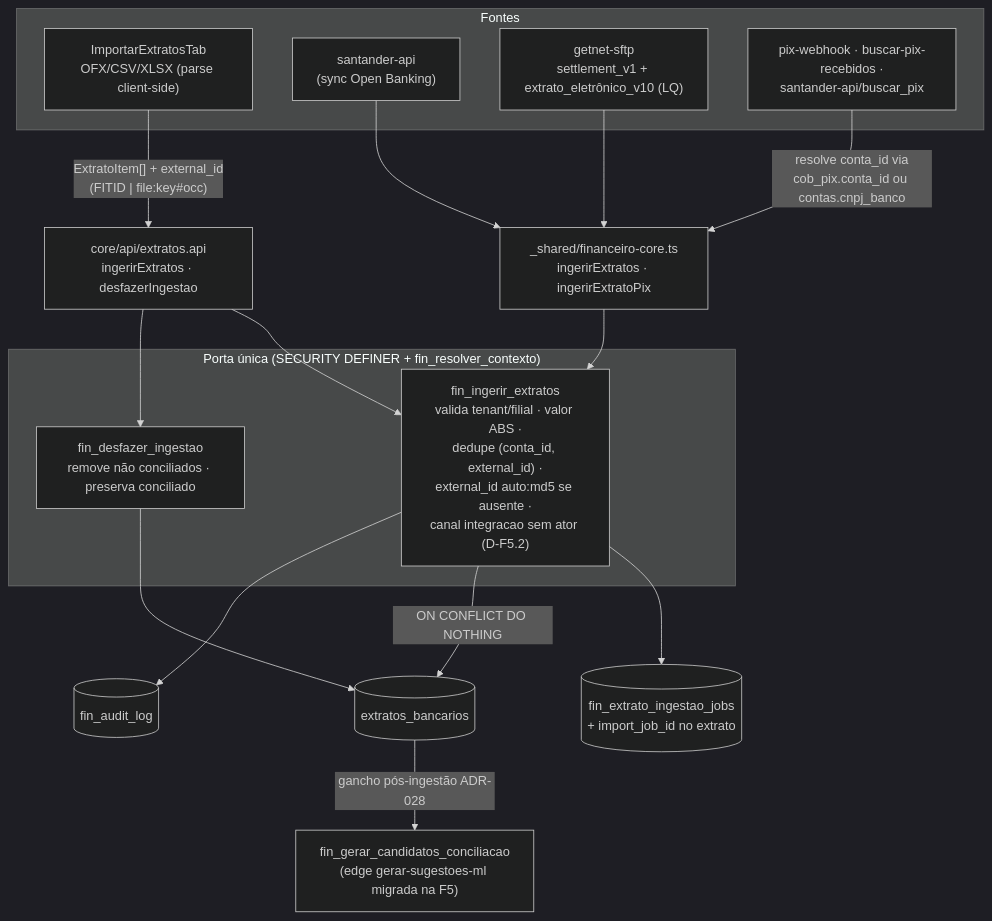
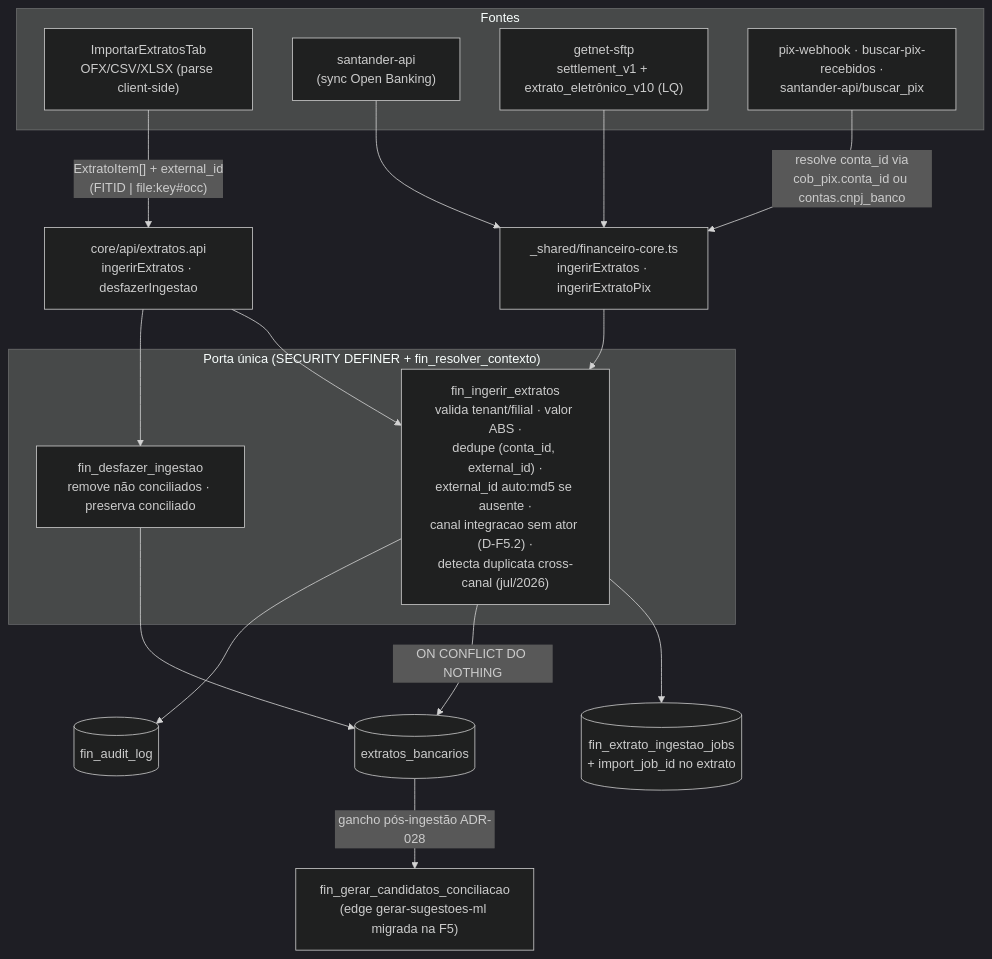
One commit to adrianoapc/igreja-carvalho changed the diagram in docs/diagramas/exports/fluxo-financeiro_7.mmd. Above: the diagram before and after it, drawn with Mermaid (dark theme). The commit also changed 28 other files, not shown here.

Commit message:
chore(diagrams): export mermaid PNGs

```diff
--- a/docs/diagramas/exports/fluxo-financeiro_7.mmd
+++ b/docs/diagramas/exports/fluxo-financeiro_7.mmd
@@ -1,29 +1,29 @@
 flowchart TD
     subgraph SRC["Fontes"]
         OFX["ImportarExtratosTab\nOFX/CSV/XLSX (parse client-side)"]
         SAN["santander-api\n(sync Open Banking)"]
         GET["getnet-sftp\nsettlement_v1 + extrato_eletrônico_v10 (LQ)"]
         PIX["pix-webhook · buscar-pix-recebidos ·\nsantander-api/buscar_pix"]
     end
 
     EAPI["core/api/extratos.api\ningerirExtratos · desfazerIngestao"]
     SHIM["_shared/financeiro-core.ts\ningerirExtratos · ingerirExtratoPix"]
     OFX -->|"ExtratoItem[] + external_id\n(FITID | file:key#occ)"| EAPI
     SAN --> SHIM
     GET --> SHIM
     PIX -->|"resolve conta_id via\ncob_pix.conta_id ou contas.cnpj_banco"| SHIM
 
     subgraph RPC["Porta única (SECURITY DEFINER + fin_resolver_contexto)"]
-        ING["fin_ingerir_extratos\nvalida tenant/filial · valor ABS ·\ndedupe (conta_id, external_id) ·\nexternal_id auto:md5 se ausente ·\ncanal integracao sem ator (D-F5.2)"]
+        ING["fin_ingerir_extratos\nvalida tenant/filial · valor ABS ·\ndedupe (conta_id, external_id) ·\nexternal_id auto:md5 se ausente ·\ncanal integracao sem ator (D-F5.2) ·\ndetecta duplicata cross-canal (jul/2026)"]
         UNDO["fin_desfazer_ingestao\nremove não conciliados · preserva conciliado"]
     end
     EAPI --> ING
     EAPI --> UNDO
     SHIM --> ING
 
     ING --> JOB[(fin_extrato_ingestao_jobs\n+ import_job_id no extrato)]
     ING -->|ON CONFLICT DO NOTHING| EXT[(extratos_bancarios)]
     ING --> AUD[(fin_audit_log)]
     UNDO --> EXT
 
     EXT -->|gancho pós-ingestão ADR-028| SCORE["fin_gerar_candidatos_conciliacao\n(edge gerar-sugestoes-ml migrada na F5)"]
```
